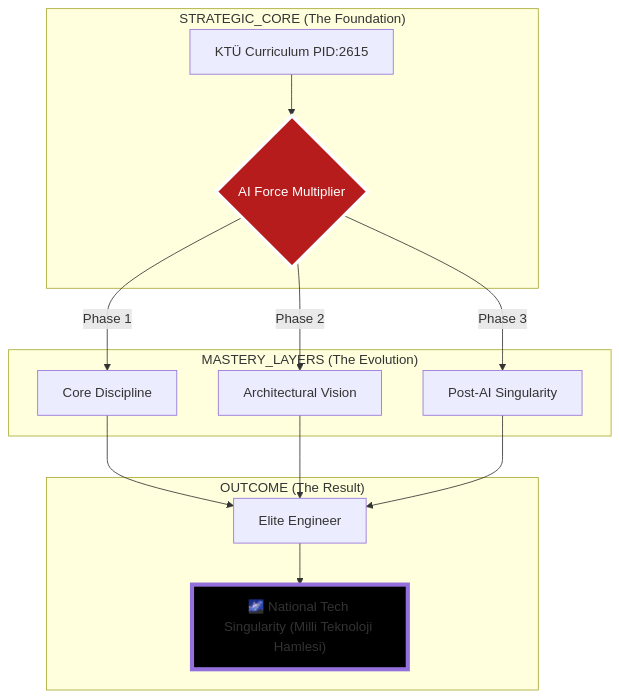
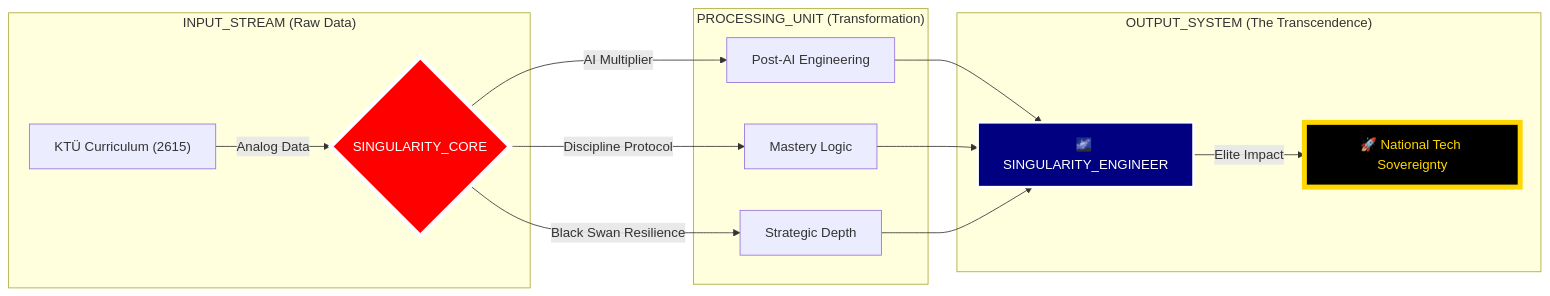
One commit to bahattinyunus/ktu-software-engineering changed the diagram in README.md. Above: the diagram before and after it, drawn with Mermaid. The commit also changed other lines of this file, not shown here.

Commit message:
style: upgrade README to Singularity Mode with live telemetry aesthetics

````diff
--- a/README.md
+++ b/README.md
@@ -23,22 +23,23 @@
 ```mermaid
-graph TD
-    subgraph "STRATEGIC_CORE (The Foundation)"
-        A[KTÜ Curriculum PID:2615] --> B{AI Force Multiplier}
+graph LR
+    subgraph "INPUT_STREAM (Raw Data)"
+        A["KTÜ Curriculum (2615)"] -- "Analog Data" --> B{SINGULARITY_CORE}
     end
 
-    subgraph "MASTERY_LAYERS (The Evolution)"
-        B -- "Phase 1" --> C[Core Discipline]
-        B -- "Phase 2" --> D[Architectural Vision]
-        B -- "Phase 3" --> E[Post-AI Singularity]
+    subgraph "PROCESSING_UNIT (Transformation)"
+        B -- "AI Multiplier" --> C["Post-AI Engineering"]
+        B -- "Discipline Protocol" --> D["Mastery Logic"]
+        B -- "Black Swan Resilience" --> E["Strategic Depth"]
     end
 
-    subgraph "OUTCOME (The Result)"
-        C --> F[Elite Engineer]
+    subgraph "OUTPUT_SYSTEM (The Transcendence)"
+        C --> F["🌌 SINGULARITY_ENGINEER"]
         D --> F
         E --> F
-        F --> G["🌌 National Tech Singularity (Milli Teknoloji Hamlesi)"]
+        F -- "Elite Impact" --> G["🚀 National Tech Sovereignty"]
     end
 
-    style B fill:#b71c1c,stroke:#fff,stroke-width:4px,color:#fff
-    style G fill:#000,stroke:#gold,stroke-width:5px,color:#gold
+    style B fill:#ff0000,stroke:#fff,stroke-width:5px,color:#fff
+    style G fill:#000,stroke:#FFD700,stroke-width:6px,color:#FFD700
+    style F fill:#000080,stroke:#fff,stroke-width:3px,color:#fff
 ```
````
